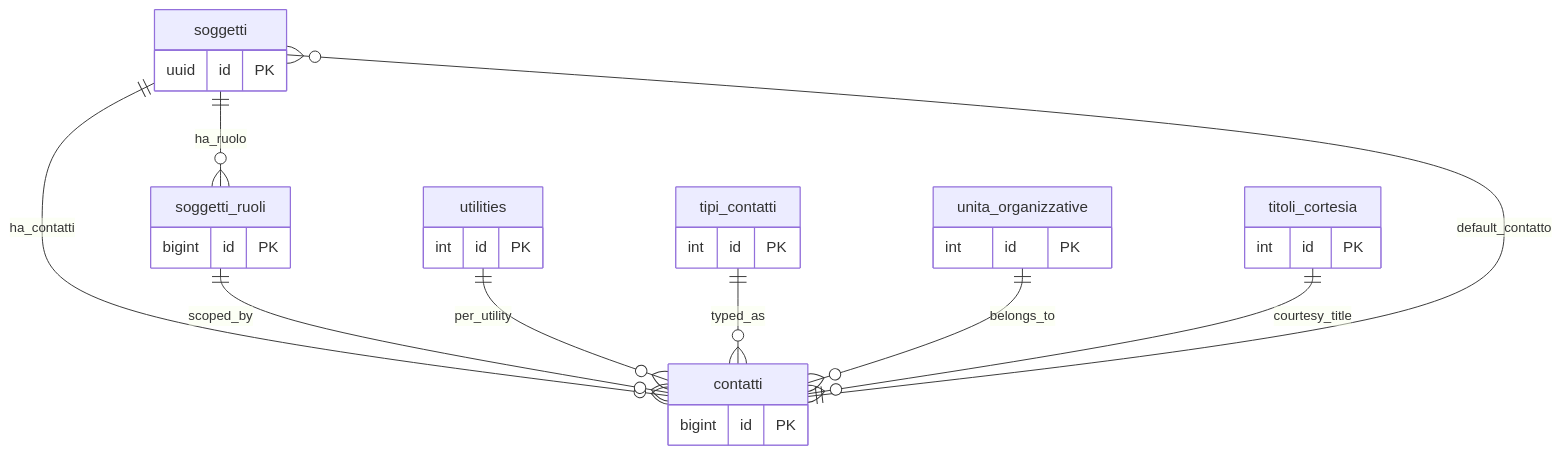
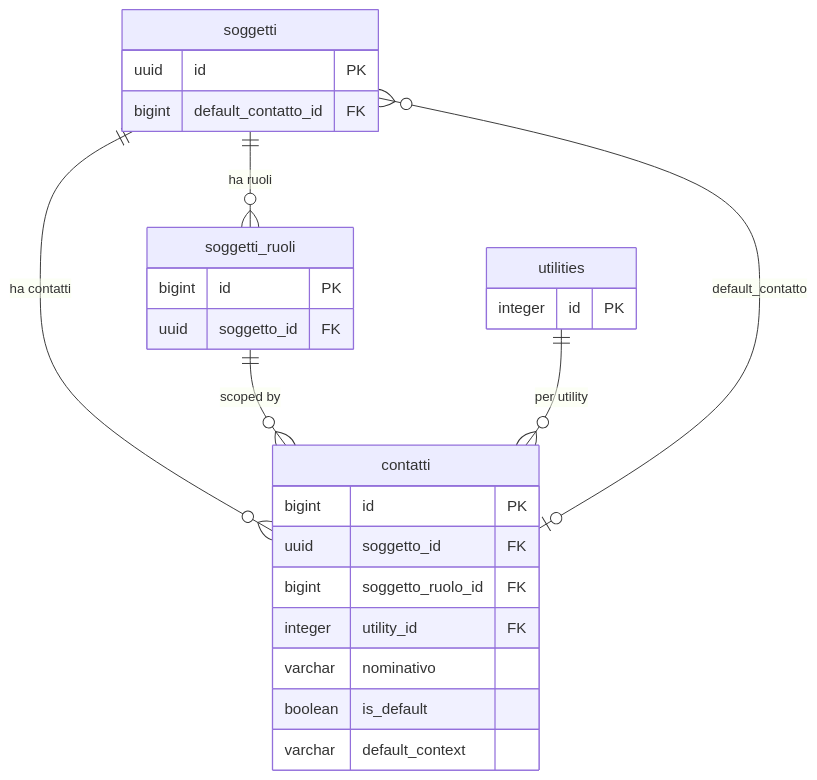
Before and after one commit to Tito-it/ZeroErp: the first of 2 diagrams in docs/it/guide/gestione-dei-contatti.md, drawn with Mermaid. The commit also changed other lines of this file and 37 other files, not shown here.

````diff
--- a/docs/it/guide/gestione-dei-contatti.md
+++ b/docs/it/guide/gestione-dei-contatti.md
@@ -244,46 +373,32 @@
 ```mermaid
-
-%%{init: {'er': {'layoutDirection': 'LR'}}}%%
 erDiagram
     soggetti {
-        uuid   id PK
+        uuid id PK
+        bigint default_contatto_id FK
     }
 
     soggetti_ruoli {
         bigint id PK
+        uuid soggetto_id FK
     }
 
     contatti {
         bigint id PK
-    }
-
-    tipi_contatti {
-        int id PK
-    }
-
-    unita_organizzative {
-        int id PK
+        uuid soggetto_id FK
+        bigint soggetto_ruolo_id FK
+        integer utility_id FK
+        varchar nominativo
+        boolean is_default
+        varchar default_context
     }
 
     utilities {
-        int id PK
+        integer id PK
     }
 
-    titoli_cortesia {
-        int id PK
-    }
-
-    %% Default contatto soggetto
-    contatti        ||--o{ soggetti        : default_contatto
-
-    %% Relazioni principali
-    soggetti        ||--o{ contatti        : ha_contatti
-    soggetti_ruoli  ||--o{ contatti        : scoped_by
-    utilities       ||--o{ contatti        : per_utility
-    tipi_contatti   ||--o{ contatti        : typed_as
-    unita_organizzative ||--o{ contatti    : belongs_to
-    titoli_cortesia ||--o{ contatti        : courtesy_title
-    
-    %% Relazione soggetti ruoli
-    soggetti        ||--o{ soggetti_ruoli   : ha_ruolo
+    soggetti ||--o{ contatti : "ha contatti"
+    soggetti ||--o{ soggetti_ruoli : "ha ruoli"
+    soggetti_ruoli ||--o{ contatti : "scoped by"
+    utilities ||--o{ contatti : "per utility"
+    soggetti }o--o| contatti : "default_contatto"
 ```
````
